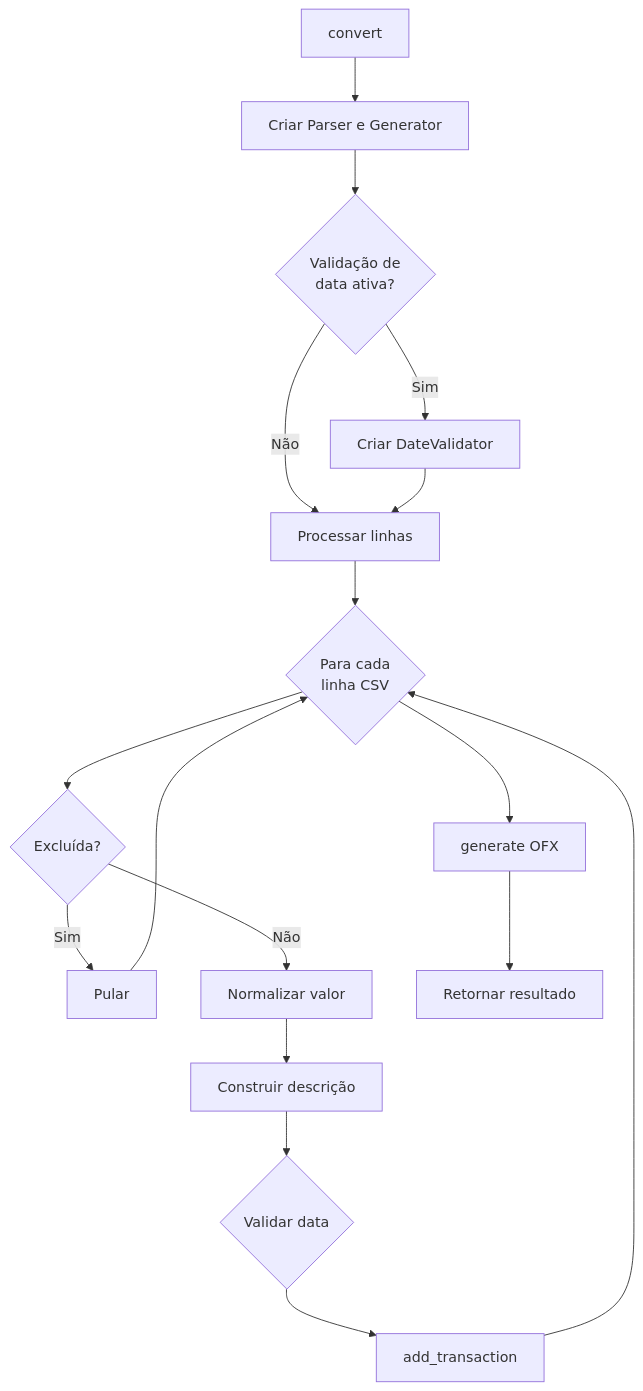
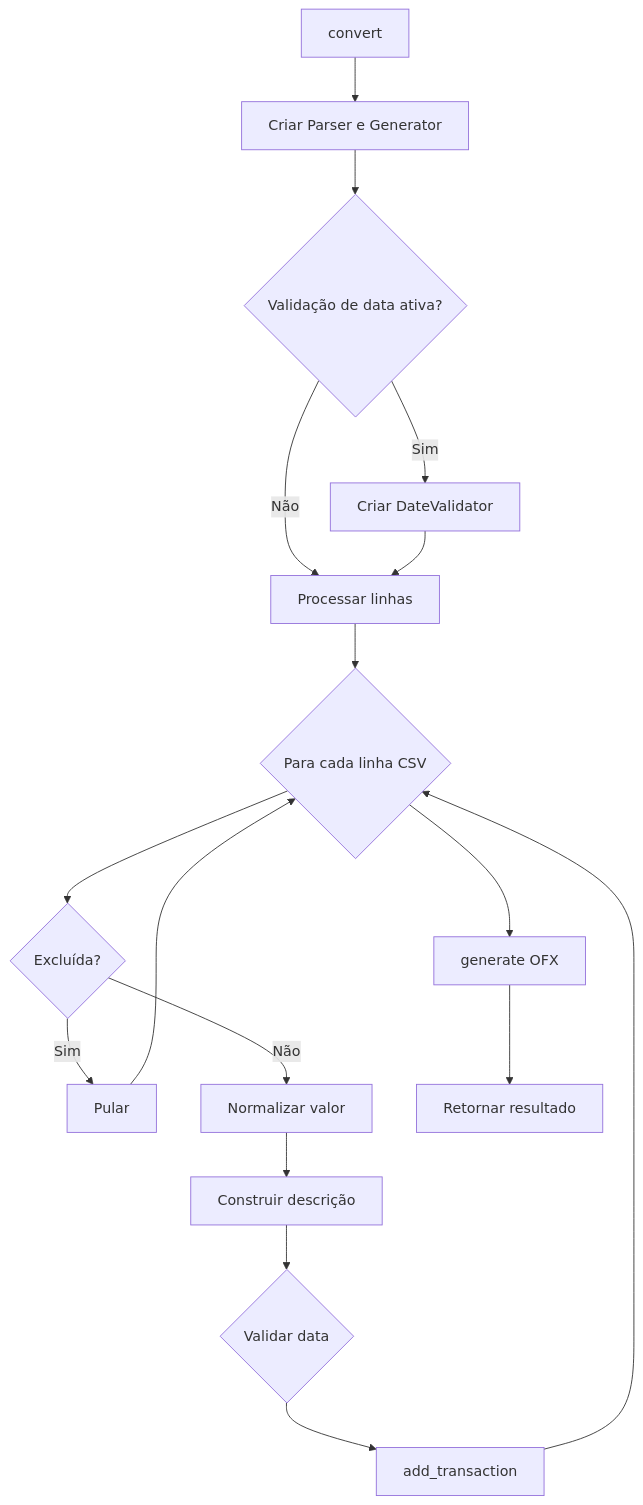
One commit to andrebarsotti/csv-to-ofx-converter changed the second of 2 diagrams in docs/pt-BR/classes/ConversionHandler.md. Above: the diagram before and after it, drawn with Mermaid. The commit also changed 13 other files, not shown here.

Commit message:
fix: Remove unsupported br tags from Mermaid diagrams for GitHub rendering

````diff
--- a/docs/pt-BR/classes/ConversionHandler.md
+++ b/docs/pt-BR/classes/ConversionHandler.md
@@ -112,21 +112,21 @@
 ```mermaid
 flowchart TD
     A[convert] --> B[Criar Parser e Generator]
-    B --> C{Validação de<br/>data ativa?}
+    B --> C{Validação de data ativa?}
     C -->|Sim| D[Criar DateValidator]
     C -->|Não| E[Processar linhas]
     D --> E
     
-    E --> F{Para cada<br/>linha CSV}
+    E --> F{Para cada linha CSV}
     F --> G{Excluída?}
     G -->|Sim| H[Pular]
     G -->|Não| I[Normalizar valor]
     I --> J[Construir descrição]
     J --> K{Validar data}
     K --> L[add_transaction]
     L --> F
     
     H --> F
     F --> M[generate OFX]
     M --> N[Retornar resultado]
 ```
````
